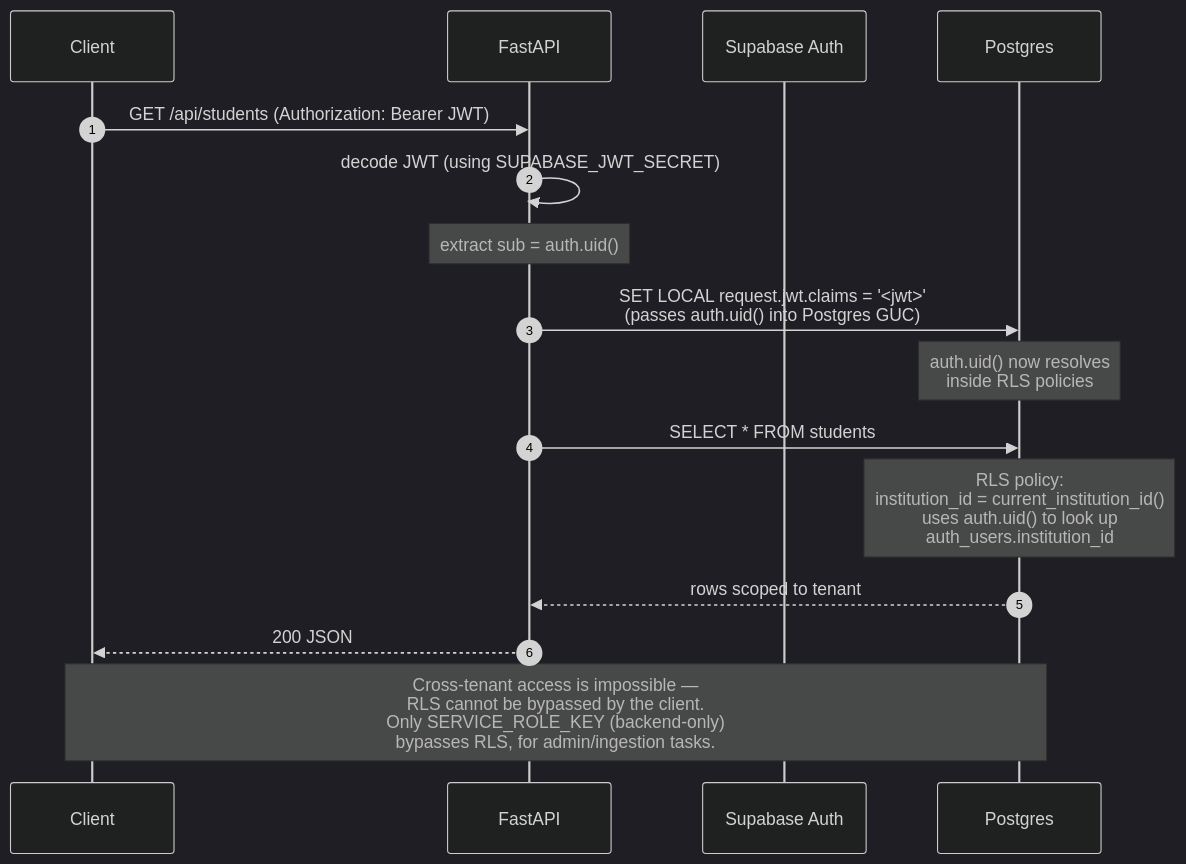
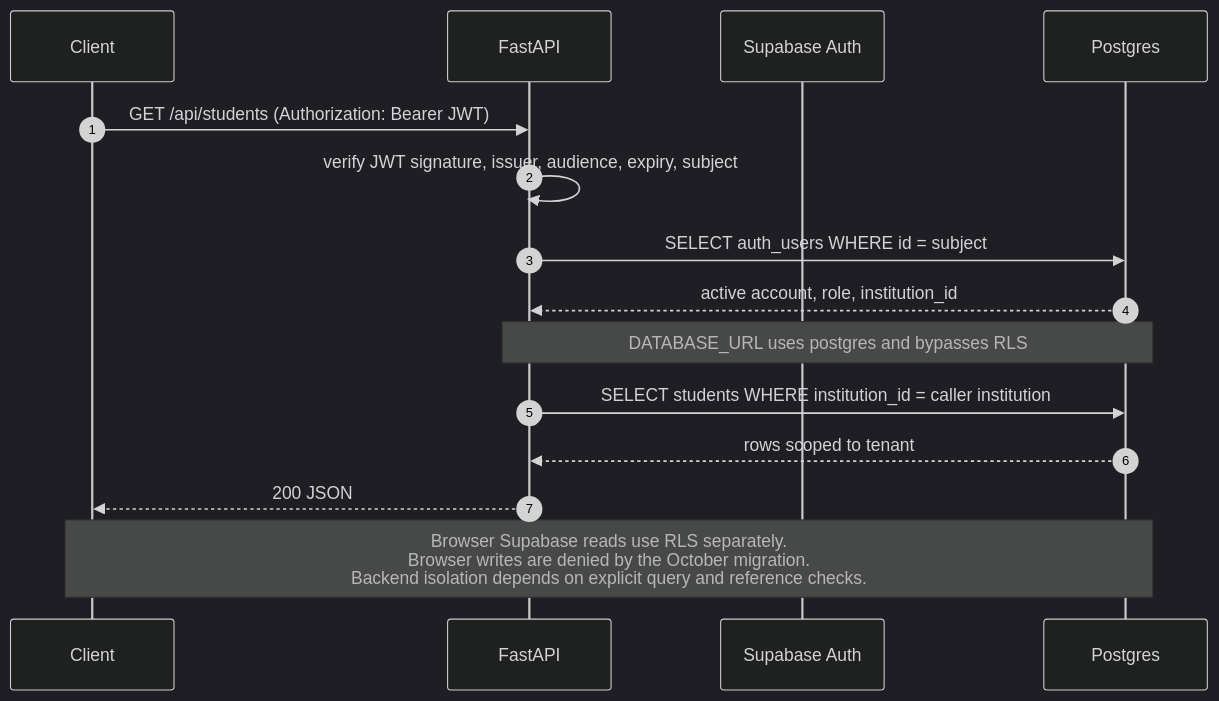
The tenth of 10 diagrams in Docs/BACKEND_ARCHITECTURE.md (adnan-manik/ClassIQ), drawn with Mermaid (dark theme) before and after one commit. The commit also changed other lines of this file and 108 other files, not shown here.

````diff
--- a/Docs/BACKEND_ARCHITECTURE.md
+++ b/Docs/BACKEND_ARCHITECTURE.md
@@ -441,23 +442,20 @@
 ```mermaid
 sequenceDiagram
     autonumber
     participant C as Client
     participant API as FastAPI
     participant Sup as Supabase Auth
     participant PG as Postgres
 
     C->>API: GET /api/students (Authorization: Bearer JWT)
-    API->>API: decode JWT (using SUPABASE_JWT_SECRET)
-    Note over API: extract sub = auth.uid()
-
-    API->>PG: SET LOCAL request.jwt.claims = '<jwt>'<br/>(passes auth.uid() into Postgres GUC)
-    Note over PG: auth.uid() now resolves<br/>inside RLS policies
-
-    API->>PG: SELECT * FROM students
-    Note over PG: RLS policy:<br/>institution_id = current_institution_id()<br/>uses auth.uid() to look up<br/>auth_users.institution_id
+    API->>API: verify JWT signature, issuer, audience, expiry, subject
+    API->>PG: SELECT auth_users WHERE id = subject
+    PG-->>API: active account, role, institution_id
+    Note over API,PG: DATABASE_URL uses postgres and bypasses RLS
+    API->>PG: SELECT students WHERE institution_id = caller institution
 
     PG-->>API: rows scoped to tenant
     API-->>C: 200 JSON
 
-    Note over C,PG: Cross-tenant access is impossible —<br/>RLS cannot be bypassed by the client.<br/>Only SERVICE_ROLE_KEY (backend-only)<br/>bypasses RLS, for admin/ingestion tasks.
+    Note over C,PG: Browser Supabase reads use RLS separately.<br/>Browser writes are denied by the October migration.<br/>Backend isolation depends on explicit query and reference checks.
 ```
````
